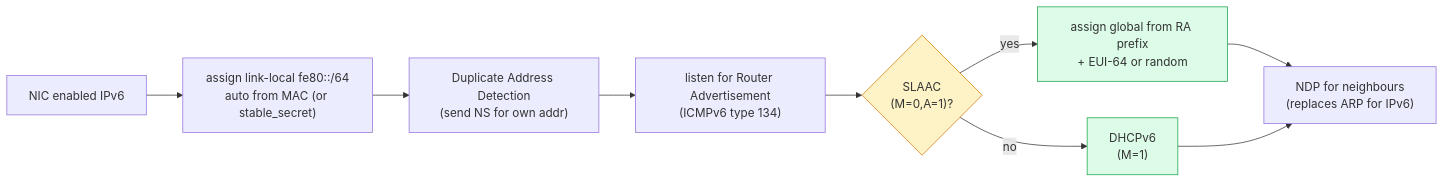
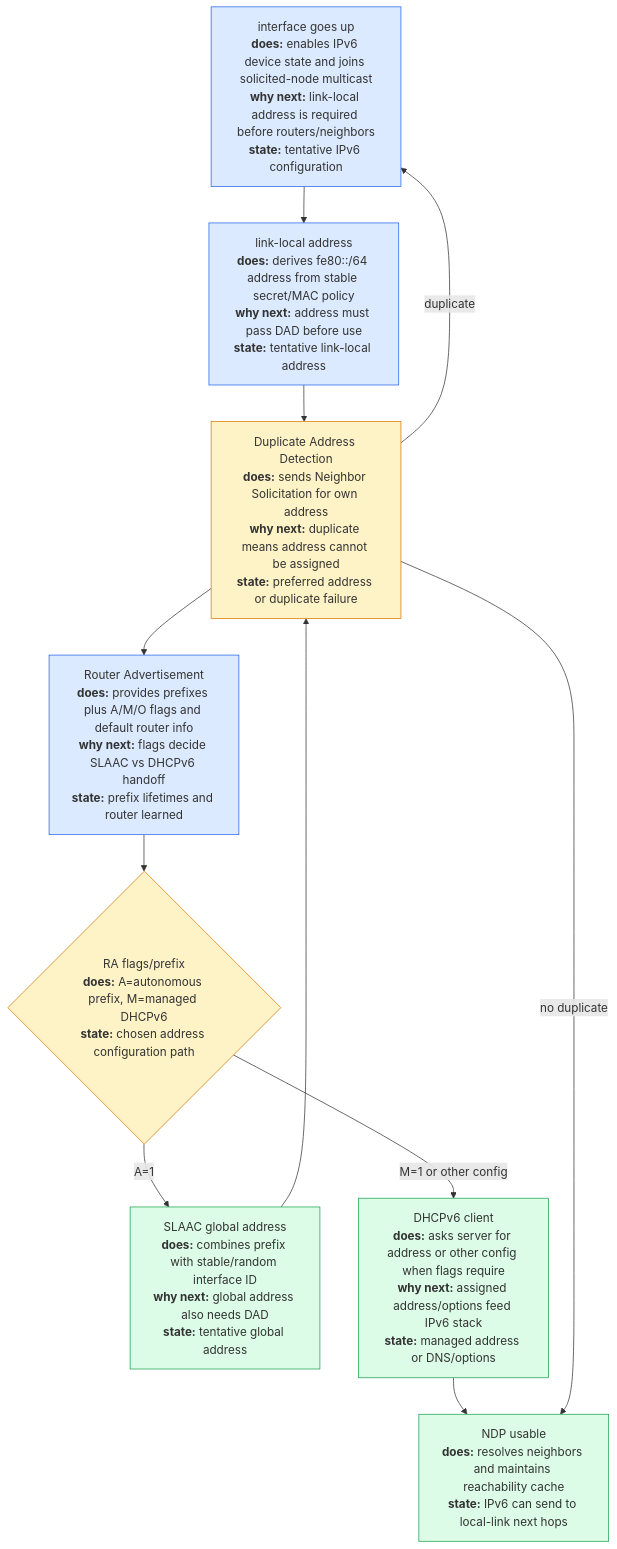
The diagram in linux-net/src/diagrams/src/day10_ipv6_autoconf.mmd (biefy/books), drawn with Mermaid before and after one commit. The commit also changed 92 other files, not shown here.

First line of the commit message:
Fix book accuracy and explanatory diagrams

```diff
--- a/linux-net/src/diagrams/src/day10_ipv6_autoconf.mmd
+++ b/linux-net/src/diagrams/src/day10_ipv6_autoconf.mmd
@@ -1,21 +1,22 @@
-flowchart LR
-    Iface["NIC enabled IPv6"]
-    LL["assign link-local fe80::/64<br/>auto from MAC (or stable_secret)"]
-    RA["listen for Router Advertisement<br/>(ICMPv6 type 134)"]
-    SLAAC{"SLAAC<br/>(M=0,A=1)?"}
-    Auto["assign global from RA prefix<br/>+ EUI-64 or random"]
-    DHCP["DHCPv6<br/>(M=1)"]
+flowchart TD
+    Up["interface goes up<br/><b>does:</b> enables IPv6 device state and joins solicited-node multicast<br/><b>why next:</b> link-local address is required before routers/neighbors<br/><b>state:</b> tentative IPv6 configuration"]
+    LL["link-local address<br/><b>does:</b> derives fe80::/64 address from stable secret/MAC policy<br/><b>why next:</b> address must pass DAD before use<br/><b>state:</b> tentative link-local address"]
+    DAD["Duplicate Address Detection<br/><b>does:</b> sends Neighbor Solicitation for own address<br/><b>why next:</b> duplicate means address cannot be assigned<br/><b>state:</b> preferred address or duplicate failure"]
+    RA["Router Advertisement<br/><b>does:</b> provides prefixes plus A/M/O flags and default router info<br/><b>why next:</b> flags decide SLAAC vs DHCPv6 handoff<br/><b>state:</b> prefix lifetimes and router learned"]
+    Flags{"RA flags/prefix<br/><b>does:</b> A=autonomous prefix, M=managed DHCPv6<br/><b>state:</b> chosen address configuration path"}
+    SLAAC["SLAAC global address<br/><b>does:</b> combines prefix with stable/random interface ID<br/><b>why next:</b> global address also needs DAD<br/><b>state:</b> tentative global address"]
+    DHCP["DHCPv6 client<br/><b>does:</b> asks server for address or other config when flags require<br/><b>why next:</b> assigned address/options feed IPv6 stack<br/><b>state:</b> managed address or DNS/options"]
+    NDP["NDP usable<br/><b>does:</b> resolves neighbors and maintains reachability cache<br/><b>state:</b> IPv6 can send to local-link next hops"]
 
-    NDP["NDP for neighbours<br/>(replaces ARP for IPv6)"]
-    DAD["Duplicate Address Detection<br/>(send NS for own addr)"]
+    Up --> LL --> DAD --> RA --> Flags
+    Flags -->|A=1| SLAAC --> DAD
+    Flags -->|M=1 or other config| DHCP --> NDP
+    DAD -->|no duplicate| NDP
+    DAD -->|duplicate| Up
 
-    Iface --> LL --> DAD --> RA --> SLAAC
-    SLAAC -->|yes| Auto
-    SLAAC -->|no| DHCP
-    Auto --> NDP
-    DHCP --> NDP
-
-    classDef ok fill:#dcfce7,stroke:#16a34a
-    classDef hot fill:#fef3c7,stroke:#d97706
-    class Auto,DHCP ok
-    class SLAAC hot
+    classDef init fill:#dbeafe,stroke:#2563eb
+    classDef decision fill:#fef3c7,stroke:#d97706
+    classDef ready fill:#dcfce7,stroke:#16a34a
+    class Up,LL,RA init
+    class DAD,Flags decision
+    class SLAAC,DHCP,NDP ready
```
